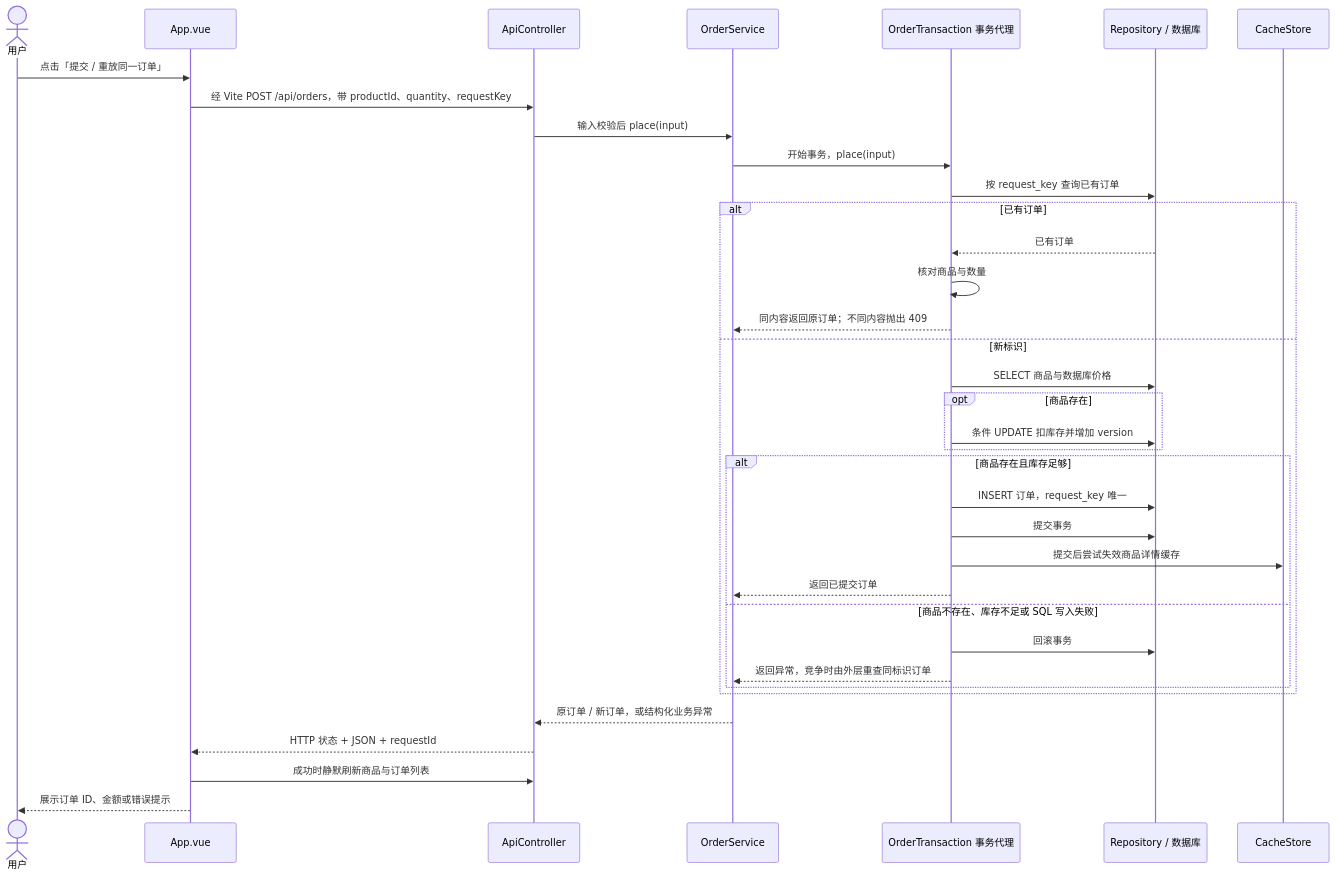
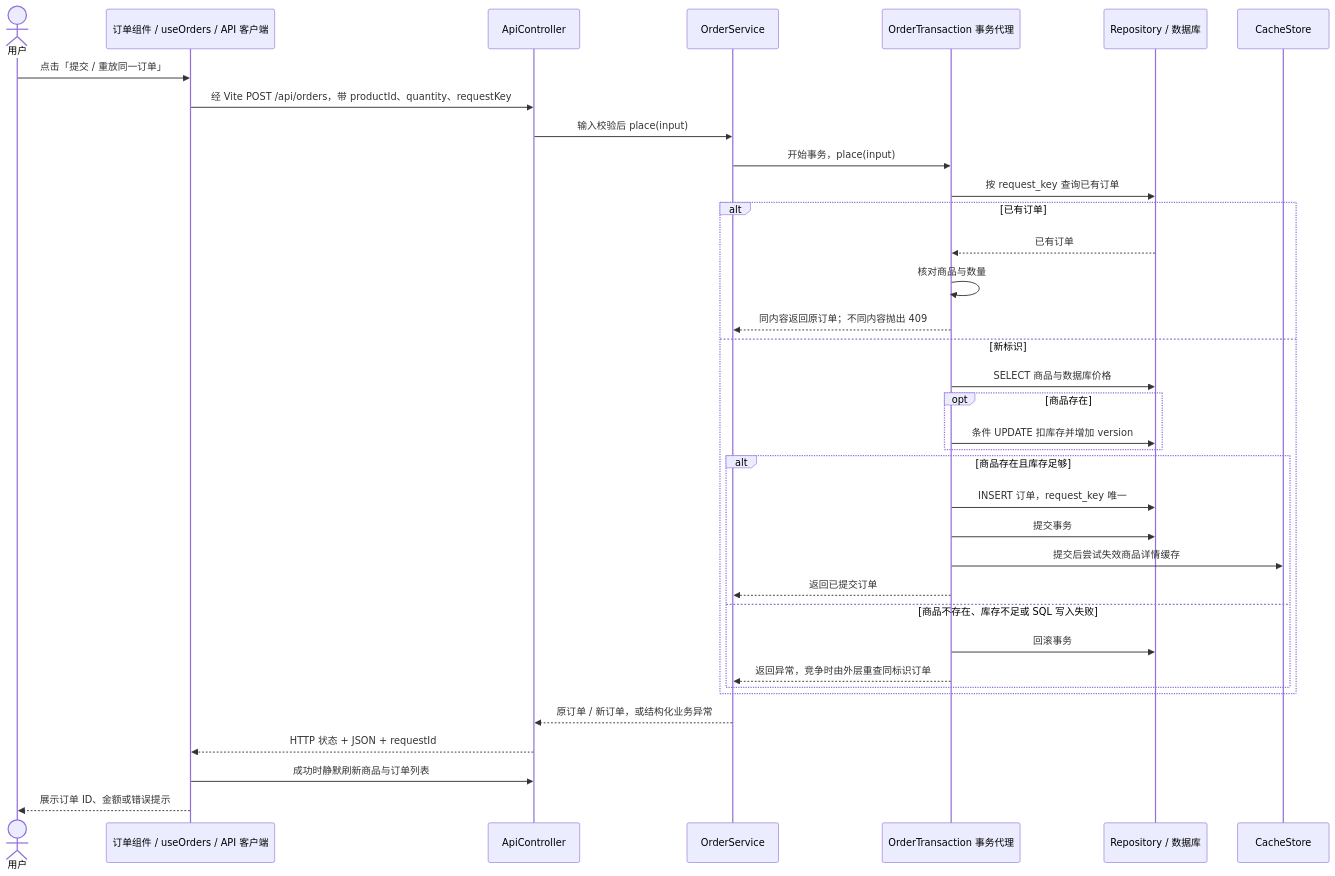
The third of 3 diagrams in docs/learning/project-architecture-and-usage.md (liangzhao346/fullstack-learning-lab), drawn with Mermaid before and after one commit. The commit also changed other lines of this file and 50 other files, not shown here.

````diff
--- a/docs/learning/project-architecture-and-usage.md
+++ b/docs/learning/project-architecture-and-usage.md
@@ -112,38 +112,38 @@
 ```mermaid
 sequenceDiagram
     actor U as 用户
-    participant V as App.vue
+    participant V as 订单组件 / useOrders / API 客户端
     participant C as ApiController
     participant S as OrderService
     participant T as OrderTransaction 事务代理
     participant D as Repository / 数据库
     participant K as CacheStore
     U->>V: 点击「提交 / 重放同一订单」
     V->>C: 经 Vite POST /api/orders，带 productId、quantity、requestKey
     C->>S: 输入校验后 place(input)
     S->>T: 开始事务，place(input)
     T->>D: 按 request_key 查询已有订单
     alt 已有订单
         D-->>T: 已有订单
         T->>T: 核对商品与数量
         T-->>S: 同内容返回原订单；不同内容抛出 409
     else 新标识
         T->>D: SELECT 商品与数据库价格
         opt 商品存在
             T->>D: 条件 UPDATE 扣库存并增加 version
         end
         alt 商品存在且库存足够
             T->>D: INSERT 订单，request_key 唯一
             T->>D: 提交事务
             T->>K: 提交后尝试失效商品详情缓存
             T-->>S: 返回已提交订单
         else 商品不存在、库存不足或 SQL 写入失败
             T->>D: 回滚事务
             T-->>S: 返回异常，竞争时由外层重查同标识订单
         end
     end
     S-->>C: 原订单 / 新订单，或结构化业务异常
     C-->>V: HTTP 状态 + JSON + requestId
     V->>C: 成功时静默刷新商品与订单列表
     V-->>U: 展示订单 ID、金额或错误提示
 ```
````
